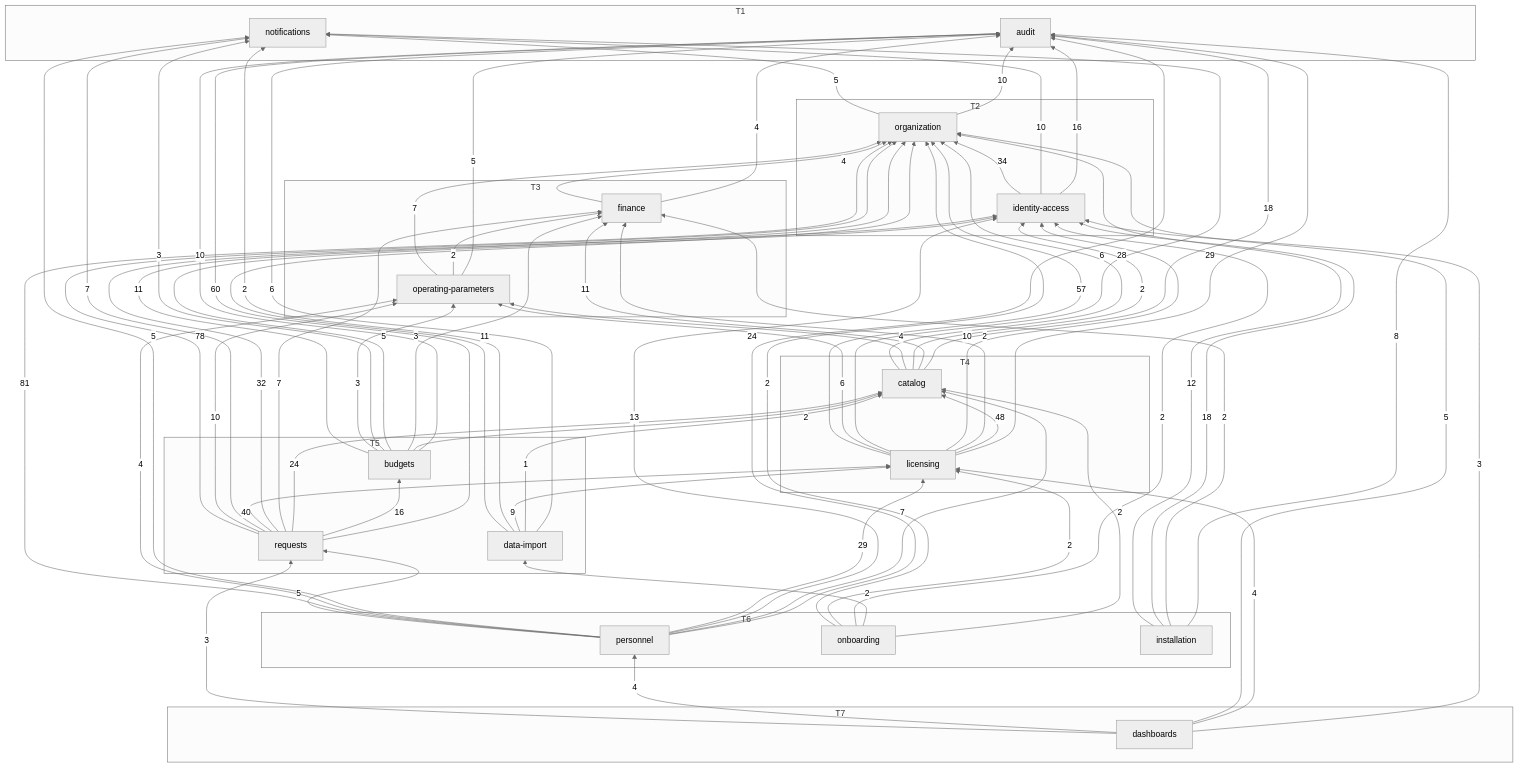
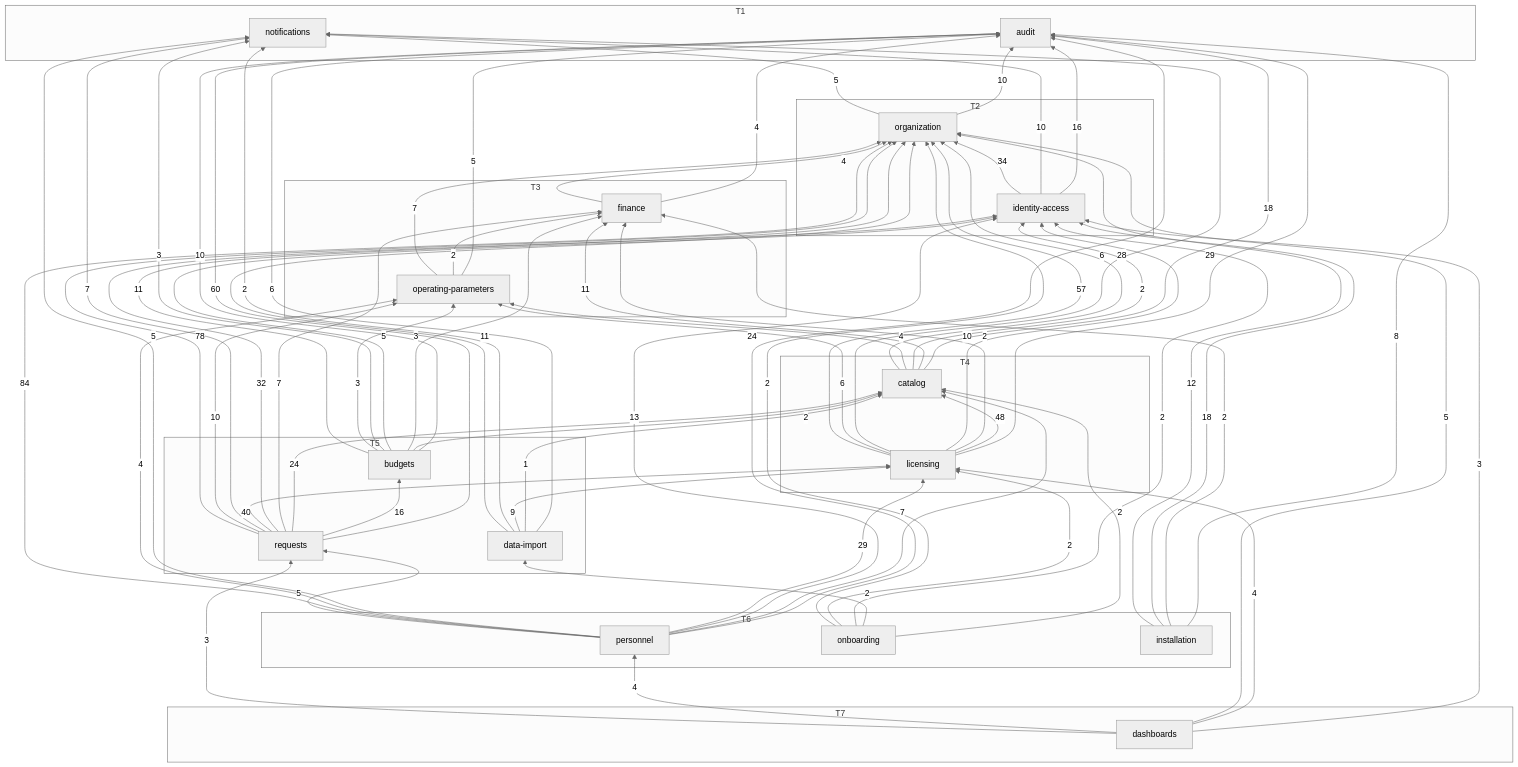
Before and after one commit to SEP490-FALL2026/BE-dev: the diagram in docs/generated/module-graph.md, drawn with Mermaid (neutral theme). The commit also changed 58 other files, not shown here.

```diff
--- a/docs/generated/module-graph.md
+++ b/docs/generated/module-graph.md
@@ -88,7 +88,7 @@
   personnel -->|29| licensing
   personnel -->|5| notifications
   personnel -->|4| operating_parameters
-  personnel -->|81| organization
+  personnel -->|84| organization
   personnel -->|5| requests
   requests -->|60| audit
   requests -->|16| budgets
```
